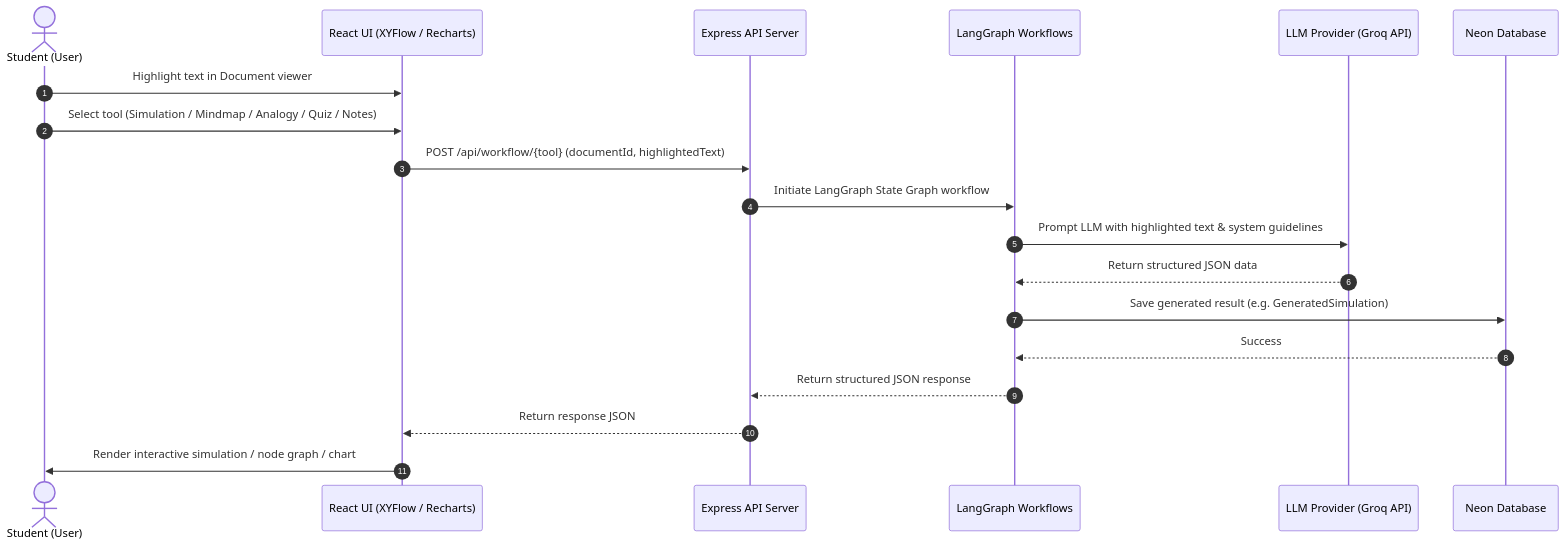
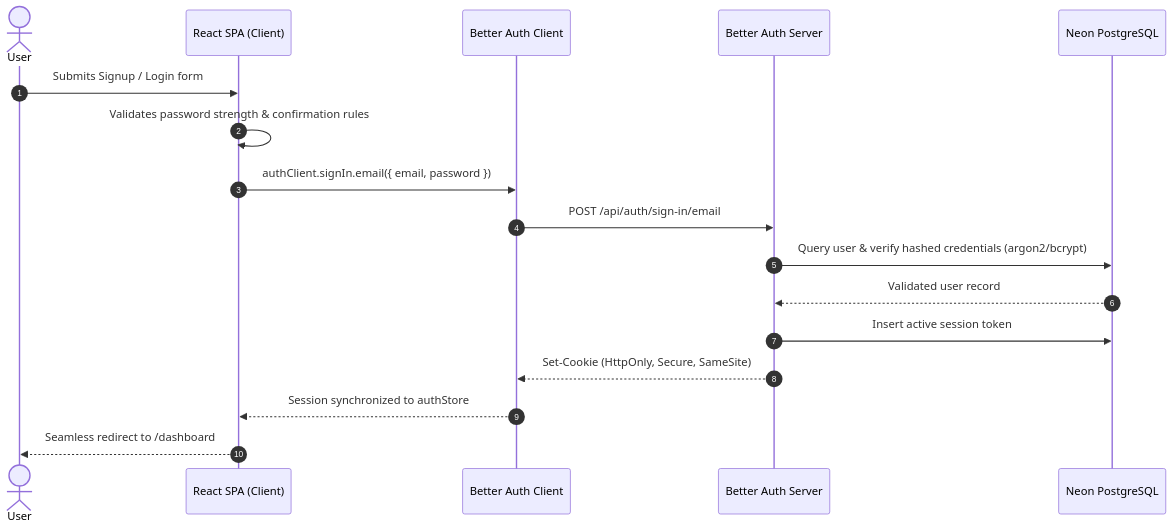
The third of 3 diagrams in README.md (RohitChintalapudi/Learnflowai-frontend), drawn with Mermaid before and after one commit. The commit also changed other lines of this file, not shown here.

Commit message:
docs: update README with comprehensive architecture and feature documentation

````diff
--- a/README.md
+++ b/README.md
@@ -108,22 +147,20 @@
 ```mermaid
 sequenceDiagram
     autonumber
-    actor Student as Student (User)
-    participant UI as React UI (XYFlow / Recharts)
-    participant API as Express API Server
-    participant Graph as LangGraph Workflows
-    participant LLM as LLM Provider (Groq API)
-    participant DB as Neon Database
+    actor User as User
+    participant App as React SPA (Client)
+    participant ClientAuth as Better Auth Client
+    participant ServerAuth as Better Auth Server
+    participant DB as Neon PostgreSQL
 
-    Student->>UI: Highlight text in Document viewer
-    Student->>UI: Select tool (Simulation / Mindmap / Analogy / Quiz / Notes)
-    UI->>API: POST /api/workflow/{tool} (documentId, highlightedText)
-    API->>Graph: Initiate LangGraph State Graph workflow
-    Graph->>LLM: Prompt LLM with highlighted text & system guidelines
-    LLM-->>Graph: Return structured JSON data
-    Graph->>DB: Save generated result (e.g. GeneratedSimulation)
-    DB-->>Graph: Success
-    Graph-->>API: Return structured JSON response
-    API-->>UI: Return response JSON
-    UI->>Student: Render interactive simulation / node graph / chart
+    User->>App: Submits Signup / Login form
+    App->>App: Validates password strength & confirmation rules
+    App->>ClientAuth: authClient.signIn.email({ email, password })
+    ClientAuth->>ServerAuth: POST /api/auth/sign-in/email
+    ServerAuth->>DB: Query user & verify hashed credentials (argon2/bcrypt)
+    DB-->>ServerAuth: Validated user record
+    ServerAuth->>DB: Insert active session token
+    ServerAuth-->>ClientAuth: Set-Cookie (HttpOnly, Secure, SameSite)
+    ClientAuth-->>App: Session synchronized to authStore
+    App-->>User: Seamless redirect to /dashboard
 ```
````
